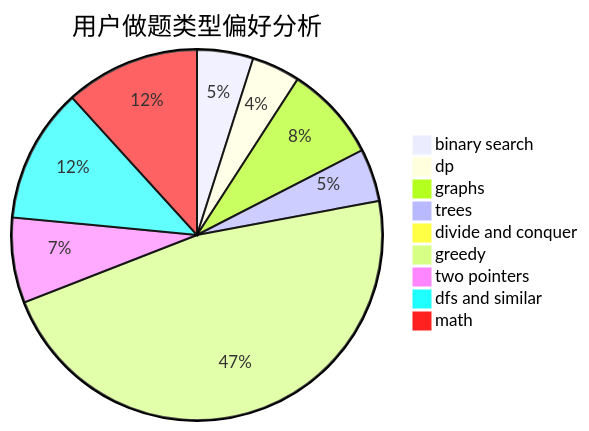
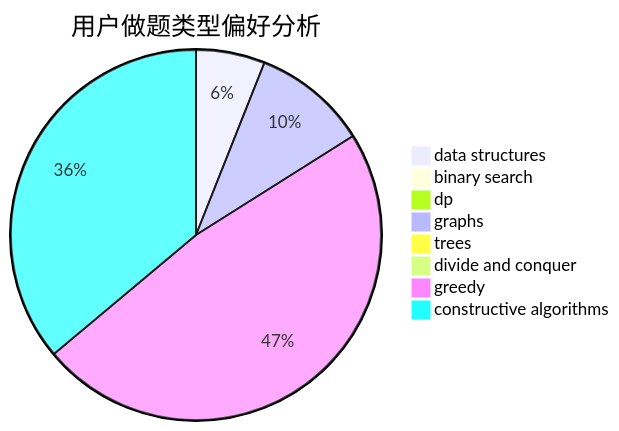
The second of 3 diagrams in docs/user/u1427.md (sherpahu/cfrs.github.io), drawn with Mermaid before and after one commit. The commit also changed other lines of this file and 2775 other files, not shown here.

````diff
--- a/docs/user/u1427.md
+++ b/docs/user/u1427.md
@@ -23,12 +23,11 @@
 ```mermaid
 pie title 用户做题类型偏好分析
-    "binary search" :  116
-    "dp" :  100
-    "graphs" :  197
-    "trees" :  109
-    "divide and conquer" :  1
-    "greedy" :  1113
-    "two pointers" :  176
-    "dfs and similar" :  278
-    "math" :  278
+    "data structures" :  90
+    "binary search" :  5
+    "dp" :  11
+    "graphs" :  150
+    "trees" :  3
+    "divide and conquer" :  0
+    "greedy" :  716
+    "constructive algorithms" :  540
 ```
````
